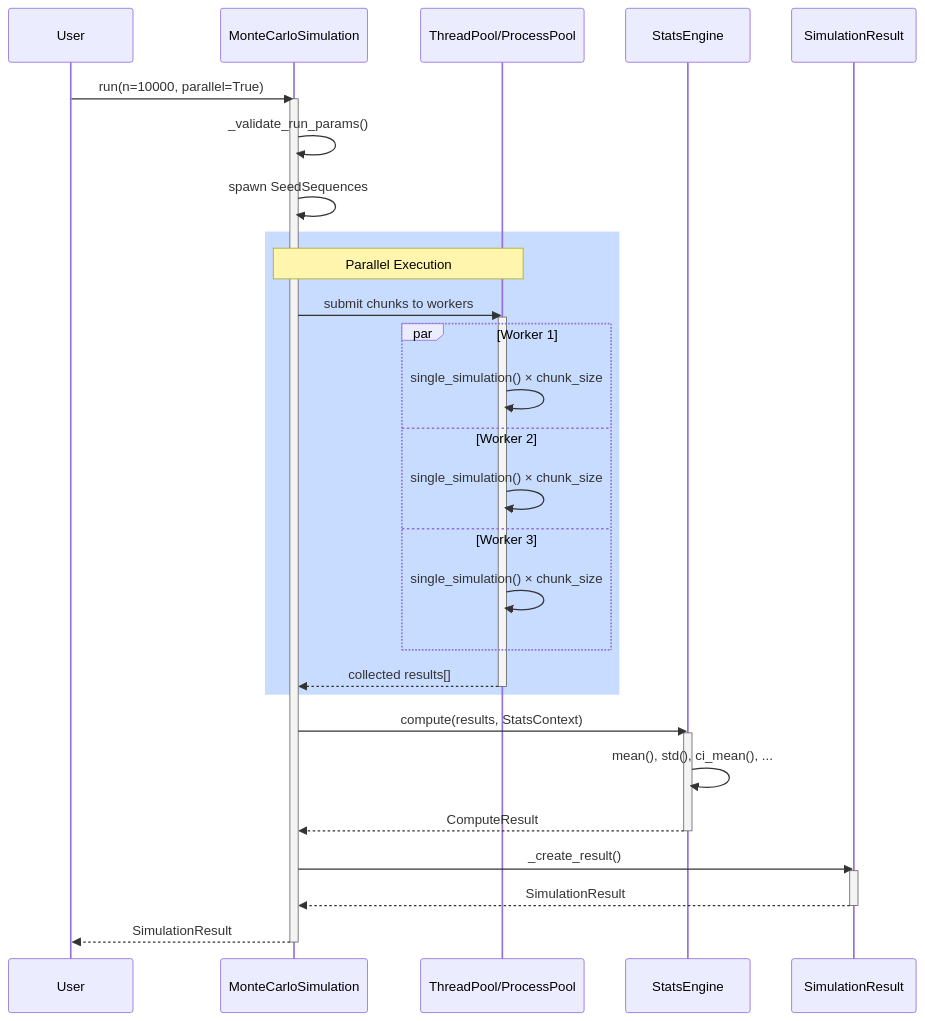
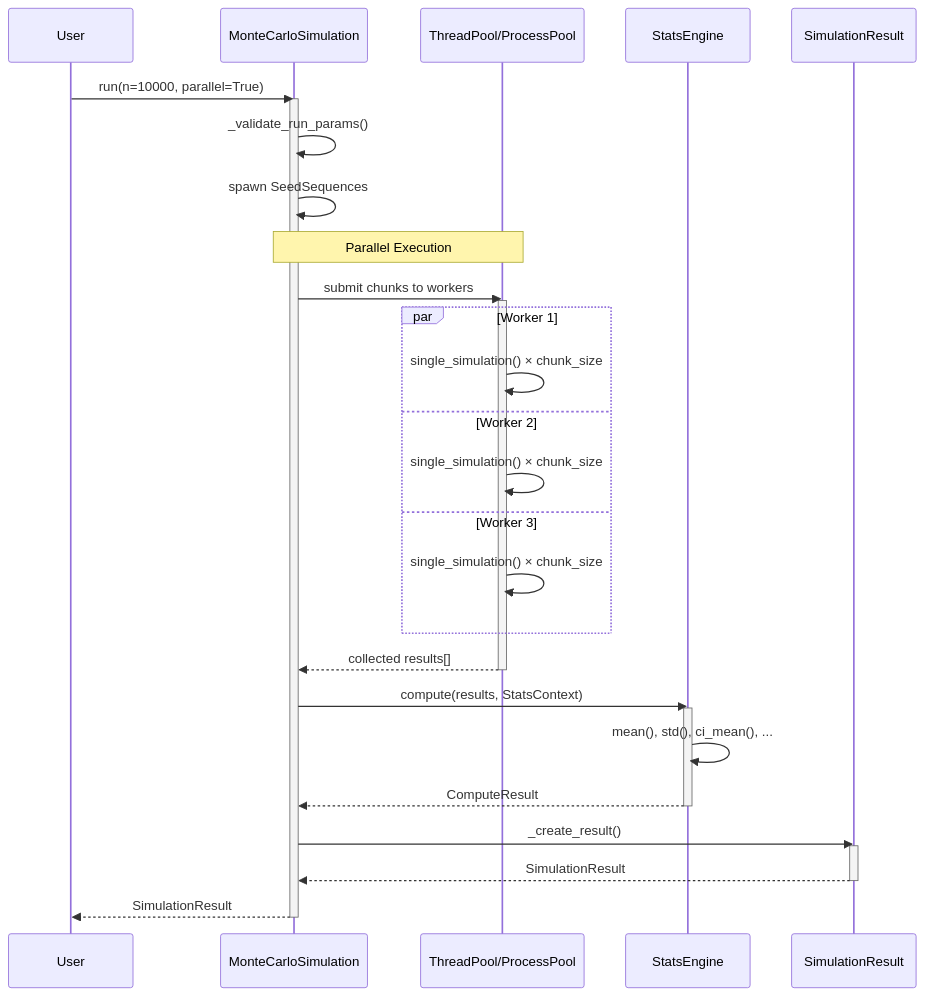
One commit to milanfusco/mcFramework changed diagram 13 of 18 in docs/SYSTEM_DESIGN.md. Above: the diagram before and after it, drawn with Mermaid. The commit also changed other lines of this file, not shown here.

Commit message:
Refactor SYSTEM_DESIGN.md for clarity and conciseness
Removed redundant sections and cleaned up formatting.

````diff
--- a/docs/SYSTEM_DESIGN.md
+++ b/docs/SYSTEM_DESIGN.md
@@ -596,45 +589,44 @@
 ```mermaid
 sequenceDiagram
     participant User
     participant Sim as MonteCarloSimulation
     participant Pool as ThreadPool/ProcessPool
     participant Engine as StatsEngine
     participant Result as SimulationResult
 
     User->>Sim: run(n=10000, parallel=True)
     activate Sim
 
     Sim->>Sim: _validate_run_params()
     Sim->>Sim: spawn SeedSequences
 
-    rect rgb(200, 220, 255)
-        Note over Sim,Pool: Parallel Execution
-        Sim->>Pool: submit chunks to workers
-        activate Pool
+    Note over Sim,Pool: Parallel Execution
+    Sim->>Pool: submit chunks to workers
+    activate Pool
 
         par Worker 1
             Pool->>Pool: single_simulation() × chunk_size
         and Worker 2
             Pool->>Pool: single_simulation() × chunk_size
         and Worker 3
             Pool->>Pool: single_simulation() × chunk_size
         end
 
         Pool-->>Sim: collected results[]
         deactivate Pool
-    end
+    
 
     Sim->>Engine: compute(results, StatsContext)
     activate Engine
     Engine->>Engine: mean(), std(), ci_mean(), ...
     Engine-->>Sim: ComputeResult
     deactivate Engine
 
     Sim->>Result: _create_result()
     activate Result
     Result-->>Sim: SimulationResult
     deactivate Result
 
     Sim-->>User: SimulationResult
     deactivate Sim
 ```
````
